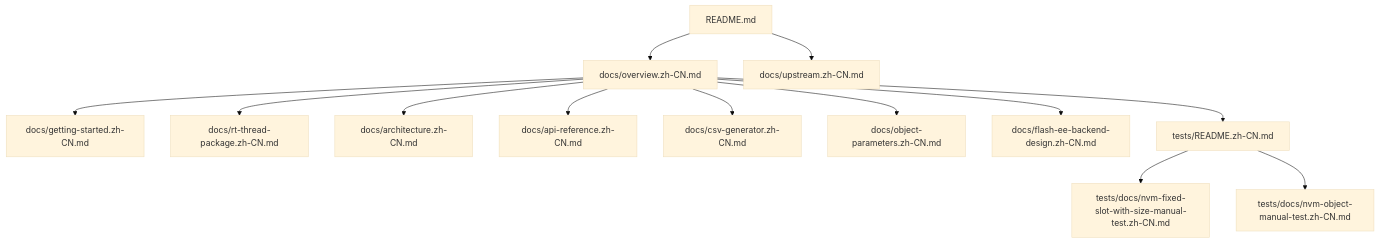
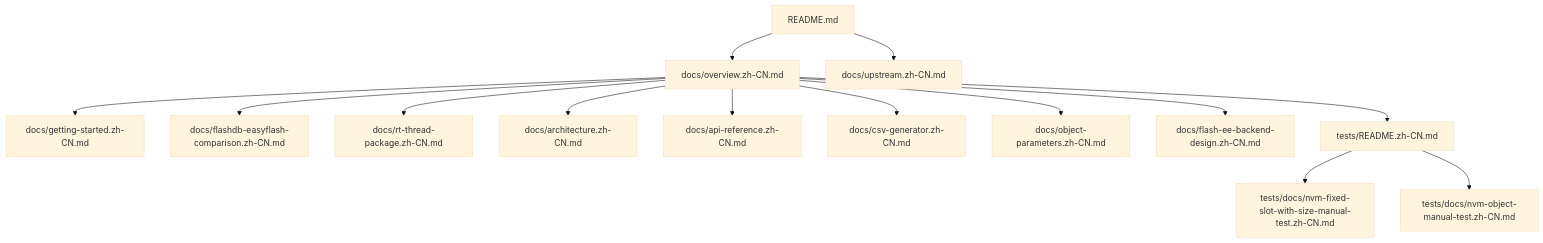
One commit to wdfk-prog/parameters changed the diagram in parameters/docs/overview.zh-CN.md. Above: the diagram before and after it, drawn with Mermaid (base theme). The commit also changed other lines of this file and 7 other files, not shown here.

````diff
--- a/parameters/docs/overview.zh-CN.md
+++ b/parameters/docs/overview.zh-CN.md
@@ -39,15 +41,16 @@
 ```mermaid
 flowchart TD
     Root[README.md] --> Overview[docs/overview.zh-CN.md]
     Root --> Upstream[docs/upstream.zh-CN.md]
     Overview --> Start[docs/getting-started.zh-CN.md]
+    Overview --> Compare[docs/flashdb-easyflash-comparison.zh-CN.md]
     Overview --> RTT[docs/rt-thread-package.zh-CN.md]
     Overview --> Arch[docs/architecture.zh-CN.md]
     Overview --> API[docs/api-reference.zh-CN.md]
     Overview --> CSV[docs/csv-generator.zh-CN.md]
     Overview --> Obj[docs/object-parameters.zh-CN.md]
     Overview --> Flash[docs/flash-ee-backend-design.zh-CN.md]
     Overview --> TestOverview[tests/README.zh-CN.md]
     TestOverview --> NVMTest[tests/docs/nvm-fixed-slot-with-size-manual-test.zh-CN.md]
     TestOverview --> ObjNVMTest[tests/docs/nvm-object-manual-test.zh-CN.md]
 ```
````
